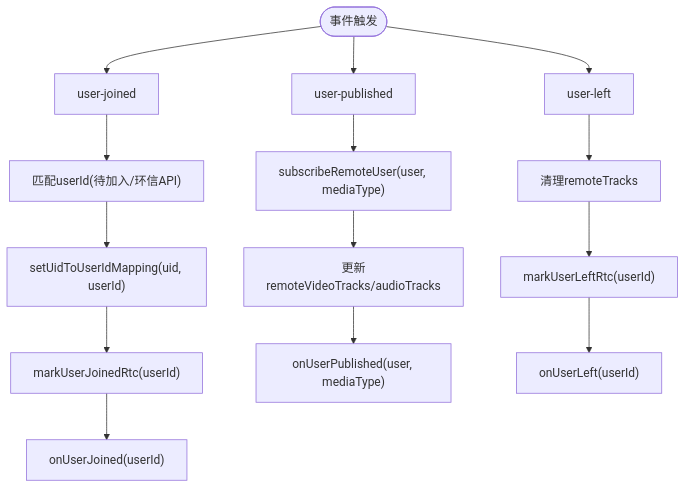
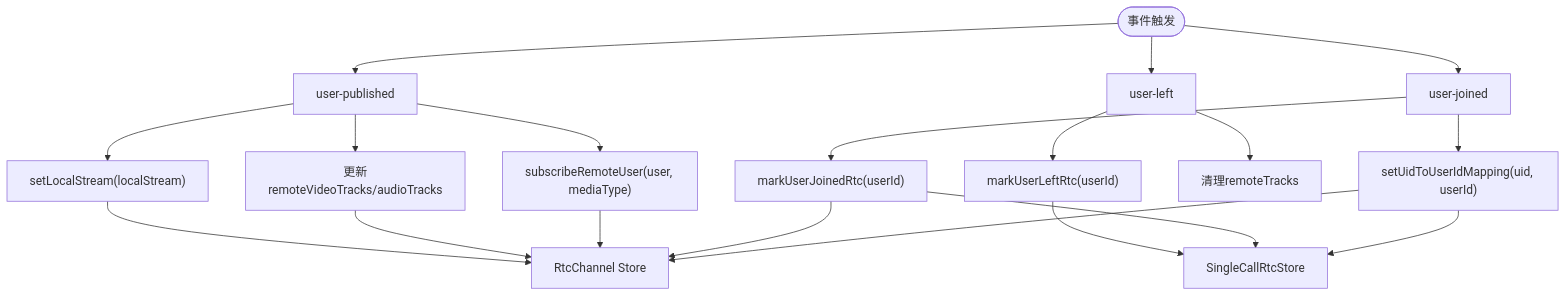
Before and after one commit to Easemob-Community/easemob-uikit-callkit-vue3: the fourth of 6 diagrams in .qoder/repowiki/zh/content/状态管理/RtcChannel Store.md, drawn with Mermaid. The commit also changed other lines of this file and 54 other files, not shown here.

````diff
--- a/.qoder/repowiki/zh/content/状态管理/RtcChannel Store.md
+++ b/.qoder/repowiki/zh/content/状态管理/RtcChannel Store.md
@@ -224,16 +251,21 @@
 ```mermaid
 flowchart TD
 Start(["事件触发"]) --> Joined["user-joined"]
 Start --> Published["user-published"]
 Start --> Left["user-left"]
-Joined --> Match["匹配userId(待加入/环信API)"]
-Match --> Map["setUidToUserIdMapping(uid, userId)"]
-Map --> MarkJoin["markUserJoinedRtc(userId)"]
-MarkJoin --> Callback["onUserJoined(userId)"]
+Joined --> Map["setUidToUserIdMapping(uid, userId)"]
+Joined --> MarkJoin["markUserJoinedRtc(userId)"]
 Published --> Sub["subscribeRemoteUser(user, mediaType)"]
-Sub --> Track["更新remoteVideoTracks/audioTracks"]
-Track --> Callback2["onUserPublished(user, mediaType)"]
+Published --> Track["更新remoteVideoTracks/audioTracks"]
+Published --> LocalStream["setLocalStream(localStream)"]
 Left --> Clean["清理remoteTracks"]
-Clean --> MarkLeft["markUserLeftRtc(userId)"]
-MarkLeft --> Callback3["onUserLeft(userId)"]
+Left --> MarkLeft["markUserLeftRtc(userId)"]
+Map --> ChannelStore["RtcChannel Store"]
+Map --> SingleStore["SingleCallRtcStore"]
+MarkJoin --> ChannelStore
+MarkJoin --> SingleStore
+Sub --> ChannelStore
+Track --> ChannelStore
+LocalStream --> ChannelStore
+MarkLeft --> SingleStore
 ```
````
